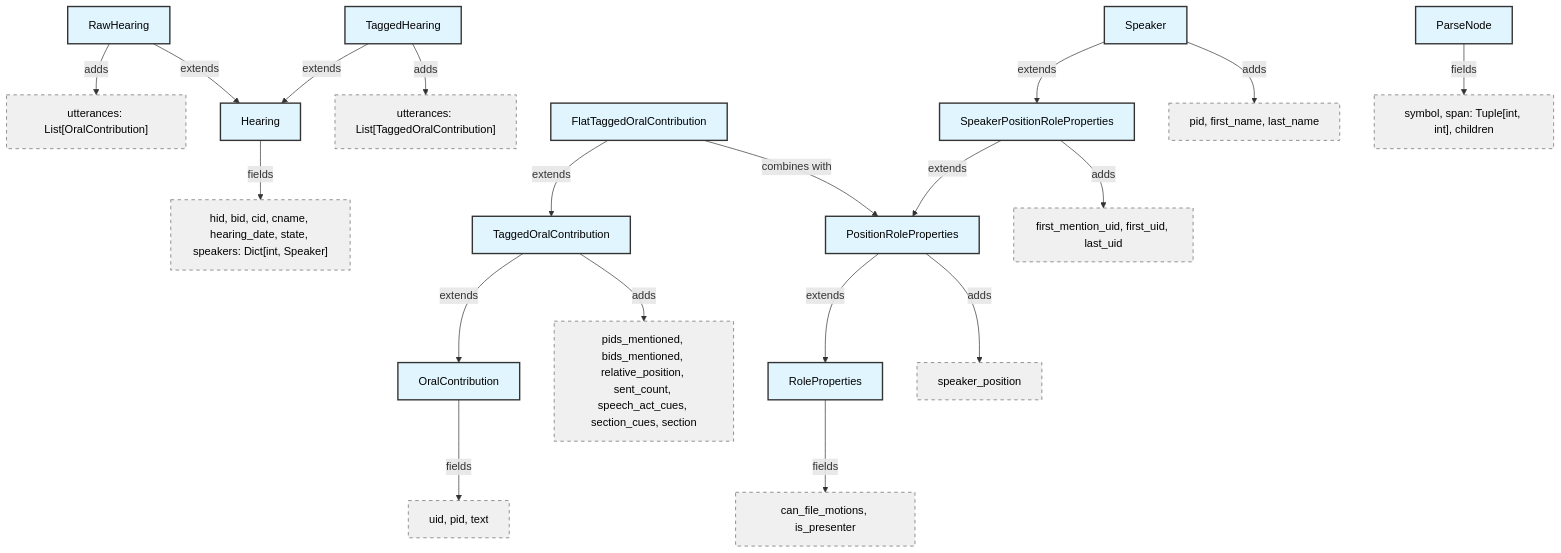
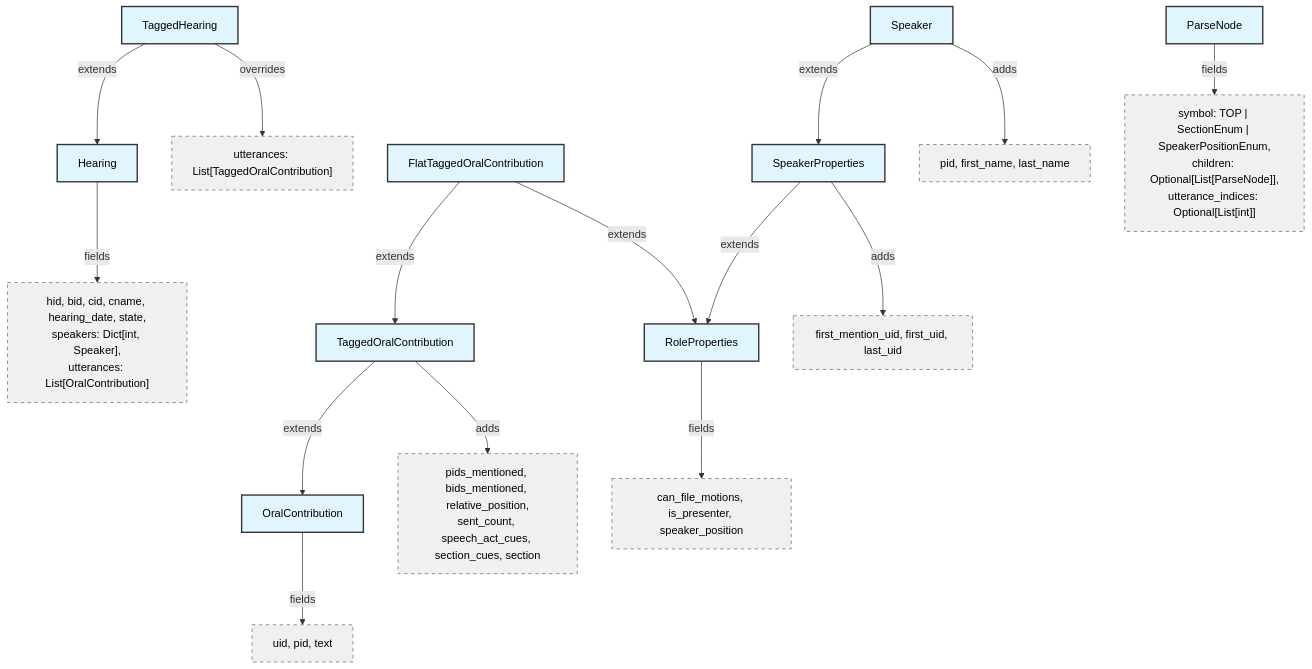
Before and after one commit to IsaacFigNewton/CommitteeHearingDiscourseParser: the first of 2 diagrams in README.md, drawn with Mermaid. The commit also changed other lines of this file and 7 other files, not shown here.

````diff
--- a/README.md
+++ b/README.md
@@ -36,53 +33,40 @@
 ```mermaid
 graph TD
     %% Hearing hierarchy
     Hearing[Hearing]
-    Hearing -->|fields| hearing_fields["hid, bid, cid, cname, hearing_date, state, speakers: Dict[int, Speaker]"]
-    RawHearing[RawHearing]
-    RawHearing -->|adds| raw_fields["utterances: List[OralContribution]"]
-    RawHearing -->|extends| Hearing
+    Hearing -->|fields| hearing_fields["hid, bid, cid, cname, hearing_date, state,<br/>speakers: Dict[int, Speaker],<br/>utterances: List[OralContribution]"]
     TaggedHearing[TaggedHearing]
     TaggedHearing -->|extends| Hearing
-    TaggedHearing -->|adds| tagged_fields["utterances: List[TaggedOralContribution]"]
+    TaggedHearing -->|overrides| tagged_fields["utterances: List[TaggedOralContribution]"]
 
     %% OralContribution hierarchy
     OralContribution[OralContribution]
+    OralContribution -->|fields| oral_fields["uid, pid, text"]
     TaggedOralContribution[TaggedOralContribution]
+    TaggedOralContribution -->|extends| OralContribution
+    TaggedOralContribution -->|adds| tagged_oral_fields["pids_mentioned, bids_mentioned, relative_position,<br/>sent_count, speech_act_cues, section_cues, section"]
     FlatTaggedOralContribution[FlatTaggedOralContribution]
     FlatTaggedOralContribution -->|extends| TaggedOralContribution
-    FlatTaggedOralContribution -->|combines with| PositionRoleProperties
+    FlatTaggedOralContribution -->|extends| RoleProperties
 
     %% Speaker property hierarchy
     RoleProperties[RoleProperties]
-    PositionRoleProperties[PositionRoleProperties]
-    SpeakerPositionRoleProperties[SpeakerPositionRoleProperties]
+    RoleProperties -->|fields| role_fields["can_file_motions, is_presenter, speaker_position"]
+    SpeakerProperties[SpeakerProperties]
+    SpeakerProperties -->|extends| RoleProperties
+    SpeakerProperties -->|adds| tracking_fields["first_mention_uid, first_uid, last_uid"]
     Speaker[Speaker]
+    Speaker -->|extends| SpeakerProperties
+    Speaker -->|adds| speaker_fields["pid, first_name, last_name"]
 
     %% Other classes
     ParseNode[ParseNode]
-
-    %% OralContribution hierarchy relationships
-    TaggedOralContribution -->|extends| OralContribution
-
-    %% Speaker property hierarchy relationships
-    PositionRoleProperties -->|extends| RoleProperties
-    PositionRoleProperties -->|adds| position_fields["speaker_position"]
-    SpeakerPositionRoleProperties -->|extends| PositionRoleProperties
-    SpeakerPositionRoleProperties -->|adds| tracking_fields["first_mention_uid, first_uid, last_uid"]
-    Speaker -->|extends| SpeakerPositionRoleProperties
-
-    OralContribution -->|fields| oral_fields["uid, pid, text"]
-    TaggedOralContribution -->|adds| tagged_oral_fields["pids_mentioned, bids_mentioned, relative_position, sent_count, speech_act_cues, section_cues, section"]
-
-    RoleProperties -->|fields| role_fields["can_file_motions, is_presenter"]
-    Speaker -->|adds| speaker_fields["pid, first_name, last_name"]
-
-    ParseNode -->|fields| parse_fields["symbol, span: Tuple[int, int], children"]
+    ParseNode -->|fields| parse_fields["symbol: TOP | SectionEnum | SpeakerPositionEnum,<br/>children: Optional[List[ParseNode]],<br/>utterance_indices: Optional[List[int]]"]
 
     %% Styling
     classDef dataclass fill:#e1f5ff,stroke:#333,stroke-width:2px,color:#000
     classDef fieldNode fill:#f0f0f0,stroke:#666,stroke-width:1px,color:#000,stroke-dasharray: 5 5
 
-    class Hearing,RawHearing,TaggedHearing,OralContribution,TaggedOralContribution,FlatTaggedOralContribution,RoleProperties,PositionRoleProperties,SpeakerPositionRoleProperties,Speaker,ParseNode dataclass
-    class hearing_fields,raw_fields,tagged_fields,oral_fields,tagged_oral_fields,role_fields,position_fields,tracking_fields,speaker_fields,section_fields,parse_fields fieldNode
+    class Hearing,TaggedHearing,OralContribution,TaggedOralContribution,FlatTaggedOralContribution,RoleProperties,PositionRoleProperties,SpeakerProperties,Speaker,ParseNode dataclass
+    class hearing_fields,tagged_fields,oral_fields,tagged_oral_fields,role_fields,position_fields,tracking_fields,speaker_fields,parse_fields fieldNode
 ```
````
